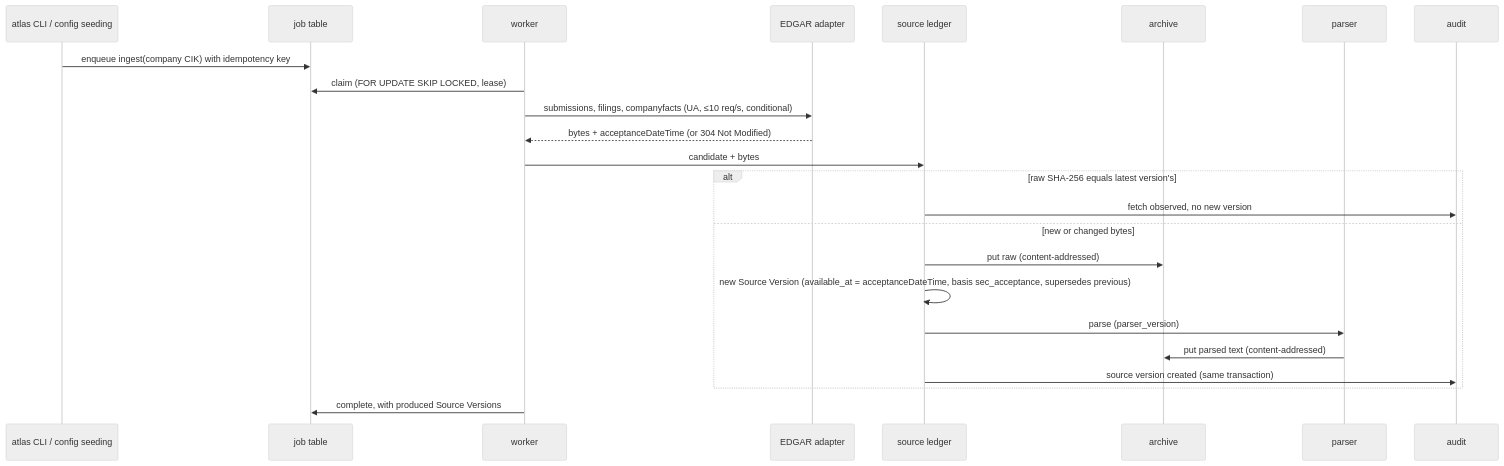
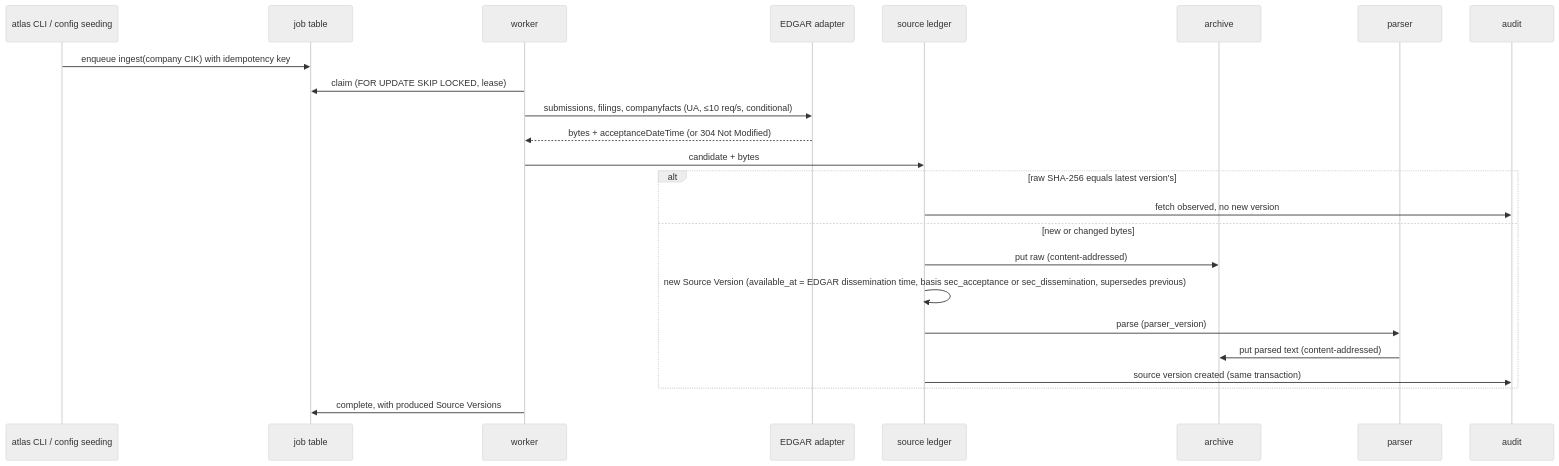
The second of 3 diagrams in docs/architecture.md (ekenheim/atlas), drawn with Mermaid (neutral theme) before and after one commit. The commit also changed other lines of this file and 29 other files, not shown here.

First line of the commit message:
Date EDGAR filings by dissemination time, not acceptance (Phase 3-6a ticket 10)

````diff
--- a/docs/architecture.md
+++ b/docs/architecture.md
@@ -123,26 +123,26 @@
 ```mermaid
 sequenceDiagram
   participant CLI as atlas CLI / config seeding
   participant Q as job table
   participant W as worker
   participant SEC as EDGAR adapter
   participant L as source ledger
   participant A as archive
   participant P as parser
   participant Au as audit
   CLI->>Q: enqueue ingest(company CIK) with idempotency key
   W->>Q: claim (FOR UPDATE SKIP LOCKED, lease)
   W->>SEC: submissions, filings, companyfacts (UA, ≤10 req/s, conditional)
   SEC-->>W: bytes + acceptanceDateTime (or 304 Not Modified)
   W->>L: candidate + bytes
   alt raw SHA-256 equals latest version's
     L->>Au: fetch observed, no new version
   else new or changed bytes
     L->>A: put raw (content-addressed)
-    L->>L: new Source Version (available_at = acceptanceDateTime, basis sec_acceptance, supersedes previous)
+    L->>L: new Source Version (available_at = EDGAR dissemination time, basis sec_acceptance or sec_dissemination, supersedes previous)
     L->>P: parse (parser_version)
     P->>A: put parsed text (content-addressed)
     L->>Au: source version created (same transaction)
   end
   W->>Q: complete, with produced Source Versions
 ```
````
